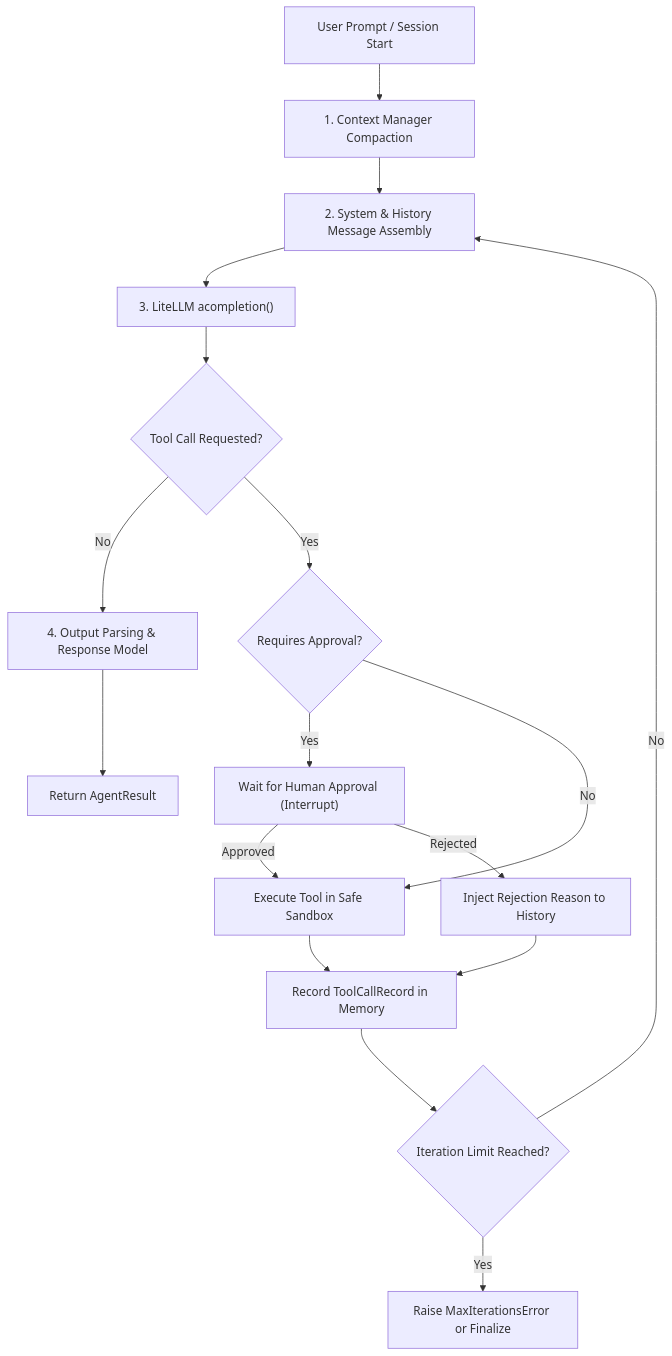
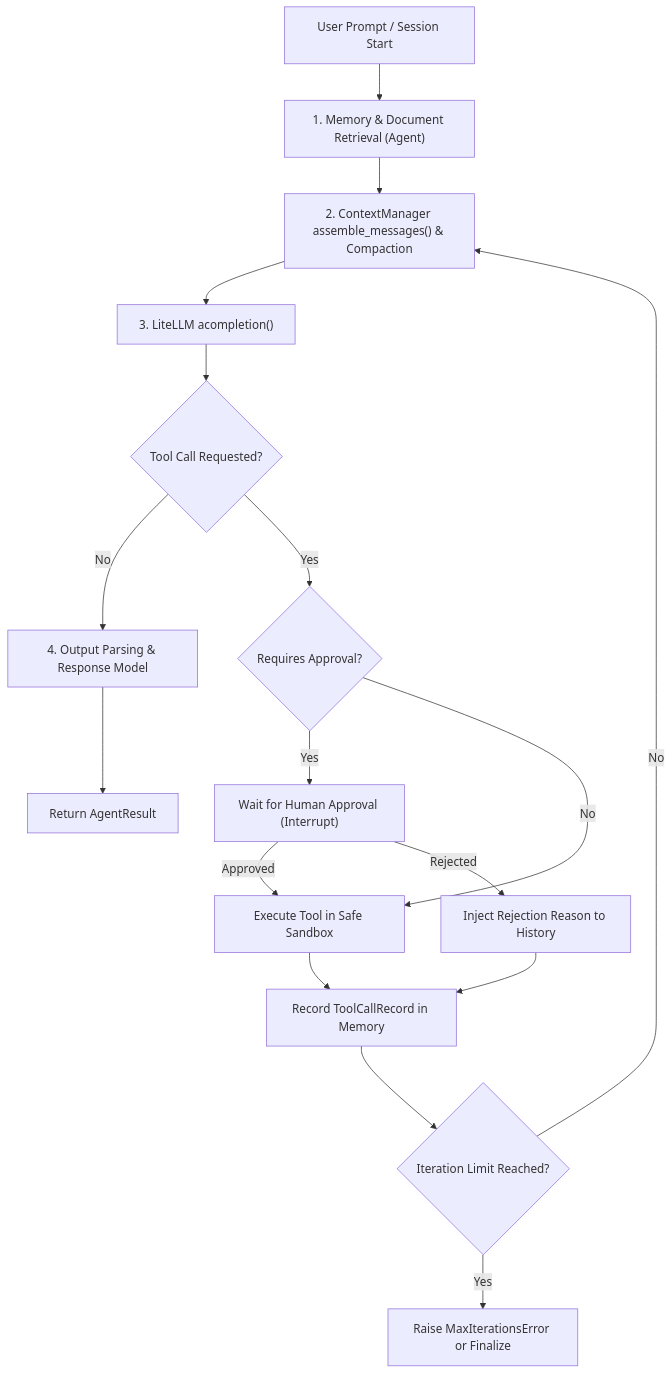
Before and after one commit to aarumugapandi-t/litellm-adk: the first of 2 diagrams in docs/03-agent-framework.md, drawn with Mermaid. The commit also changed other lines of this file and 7 other files, not shown here.

````diff
--- a/docs/03-agent-framework.md
+++ b/docs/03-agent-framework.md
@@ -51,23 +51,23 @@
 ```mermaid
 graph TD
-    Start["User Prompt / Session Start"] --> ContextCompaction["1. Context Manager Compaction"]
-    ContextCompaction --> PromptFormat["2. System & History Message Assembly"]
-    PromptFormat --> ModelCall["3. LiteLLM acompletion()"]
+    Start["User Prompt / Session Start"] --> StateFetch["1. Memory & Document Retrieval (Agent)"]
+    StateFetch --> ContextAssembly["2. ContextManager assemble_messages() & Compaction"]
+    ContextAssembly --> ModelCall["3. LiteLLM acompletion()"]
     
     ModelCall --> Decision{"Tool Call Requested?"}
     Decision -->|No| OutputExtraction["4. Output Parsing & Response Model"]
     Decision -->|Yes| CheckApproval{"Requires Approval?"}
     
     CheckApproval -->|Yes| AwaitingHuman["Wait for Human Approval (Interrupt)"]
     AwaitingHuman -->|Approved| ExecTool["Execute Tool in Safe Sandbox"]
     AwaitingHuman -->|Rejected| RejectResult["Inject Rejection Reason to History"]
     CheckApproval -->|No| ExecTool
     
     ExecTool --> RecordTrace["Record ToolCallRecord in Memory"]
     RejectResult --> RecordTrace
     RecordTrace --> CheckLimits{"Iteration Limit Reached?"}
     
-    CheckLimits -->|No| PromptFormat
+    CheckLimits -->|No| ContextAssembly
     CheckLimits -->|Yes| MaxIterationsError["Raise MaxIterationsError or Finalize"]
     OutputExtraction --> End["Return AgentResult"]
 ```
````
